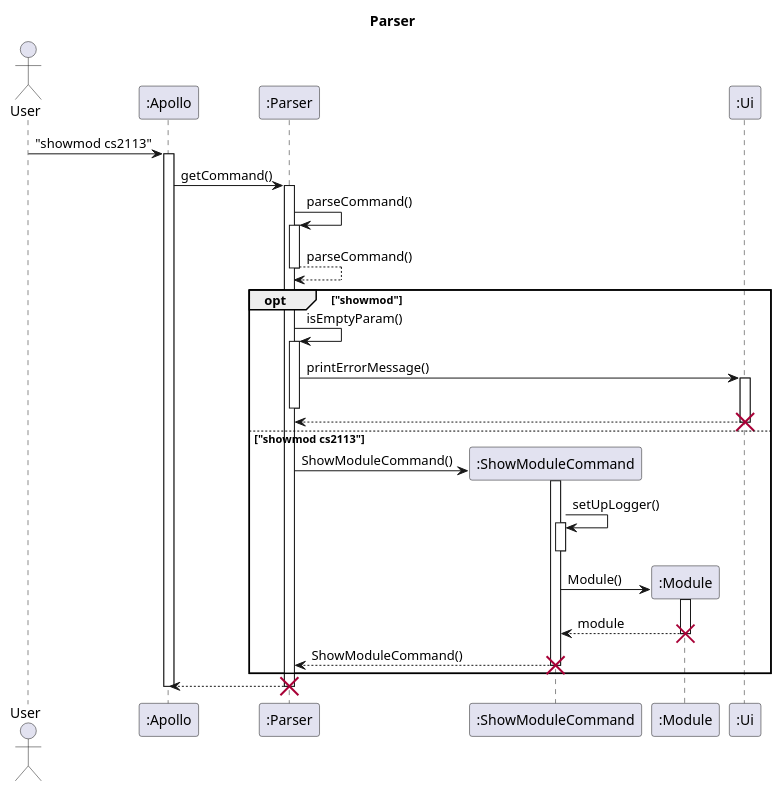
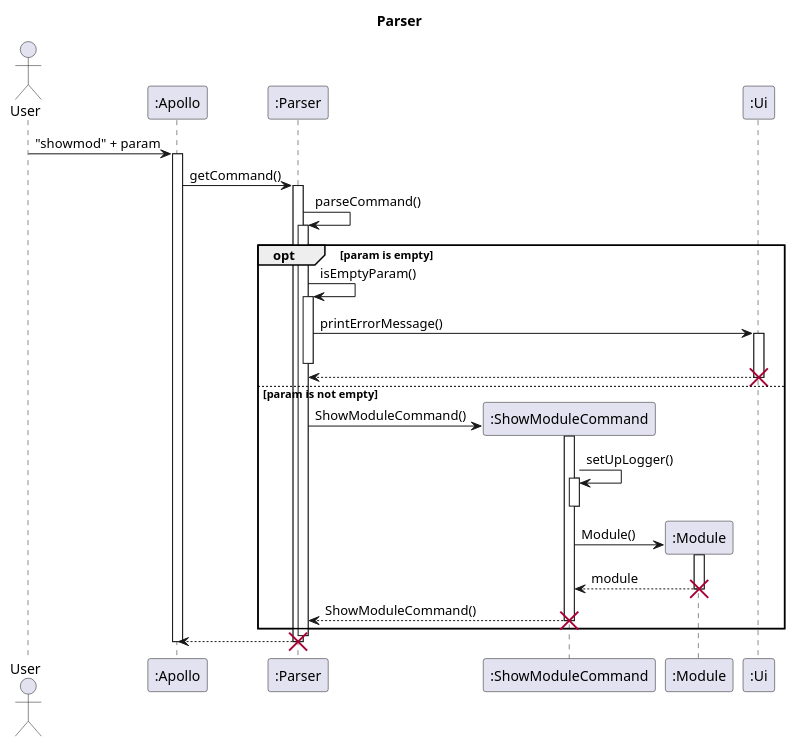
One commit to nus-cs2113-AY2223S2/tp changed the diagram in docs/uml-source/sequence/Parser_Seq.puml. Above: the diagram before and after it, drawn with PlantUML. The commit also changed 1 other file, not shown here.

```diff
--- a/docs/uml-source/sequence/Parser_Seq.puml
+++ b/docs/uml-source/sequence/Parser_Seq.puml
@@ -1,66 +1,66 @@
 @startuml
 'https://plantuml.com/sequence-diagram
 
 skinparam maxMessageSize 150
 
 title Parser
 
 actor User
 
 participant ":Apollo" as Apollo
 participant ":Parser" as Parser
 participant ":ShowModuleCommand" as Command
 participant ":Module" as Module
 participant ":Ui" as Ui
 
-User -> Apollo : "showmod cs2113"
+User -> Apollo : "showmod" + param
 activate Apollo
 Apollo -> Parser : getCommand()
 
 activate Parser
 Parser -> Parser : parseCommand()
 activate Parser
-Parser --> Parser : parseCommand()
-deactivate Parser
 
-opt "showmod"
+opt param is empty
 Parser -> Parser : isEmptyParam()
 activate Parser
 Parser -> Ui :printErrorMessage()
 activate Ui
 deactivate Parser
 
 Ui --> Parser
 deactivate Ui
 destroy Ui
 
 
-else "showmod cs2113"
+else param is not empty
 
 
 Parser -> Command** : ShowModuleCommand()
 activate Command
 Command -> Command : setUpLogger()
 activate Command
 deactivate Command
 
 Command -> Module** : Module()
 activate Module
 Module --> Command : module
 deactivate Module
 destroy Module
 
 Command --> Parser : ShowModuleCommand()
 deactivate Command
 destroy Command
 
 
 end
 
+deactivate Parser
 Parser --> Apollo
 deactivate Parser
+
 destroy Parser
 
 deactivate Apollo
 
 @enduml
```
